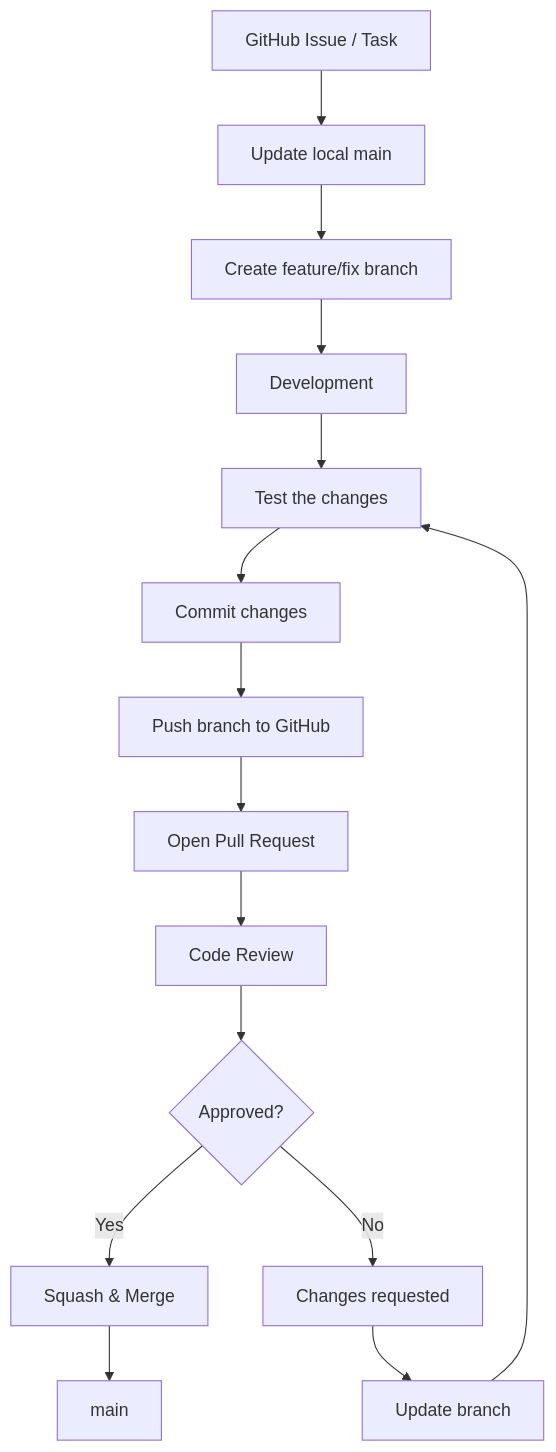
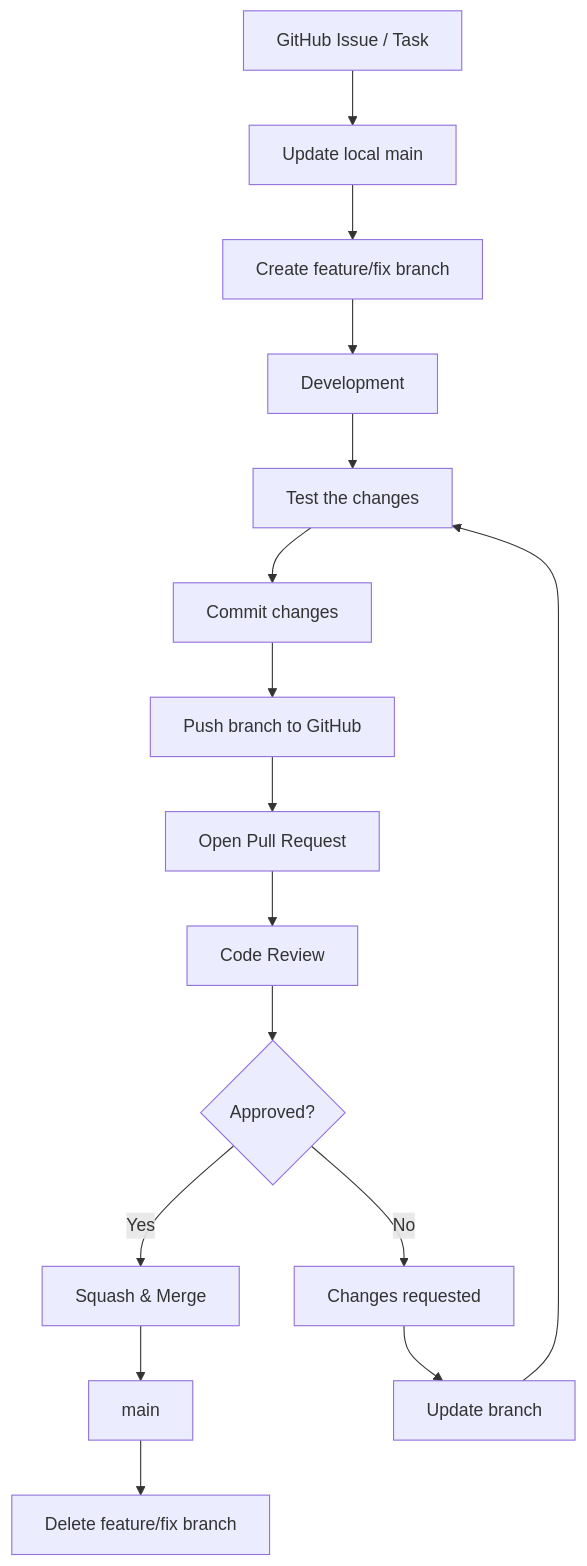
Before and after one commit to YitWub/KimchiBaguette: the diagram in docs/KimchiBaguette_Git_Workflow.md, drawn with Mermaid. The commit also changed other lines of this file, not shown here.

First line of the commit message:
[Docs] Restore branch deletion, scoped to merged branches

````diff
--- a/docs/KimchiBaguette_Git_Workflow.md
+++ b/docs/KimchiBaguette_Git_Workflow.md
@@ -218,17 +218,18 @@
 ```mermaid
 flowchart TD
     A[GitHub Issue / Task] --> B[Update local main]
     B --> C[Create feature/fix branch]
     C --> D[Development]
     D --> E[Test the changes]
     E --> F[Commit changes]
     F --> G[Push branch to GitHub]
     G --> H[Open Pull Request]
     H --> I[Code Review]
     I --> J{Approved?}
     J -->|Yes| K[Squash & Merge]
     K --> L[main]
+    L --> M[Delete feature/fix branch]
     J -->|No| N[Changes requested]
     N --> O[Update branch]
     O --> E
 ```
````
